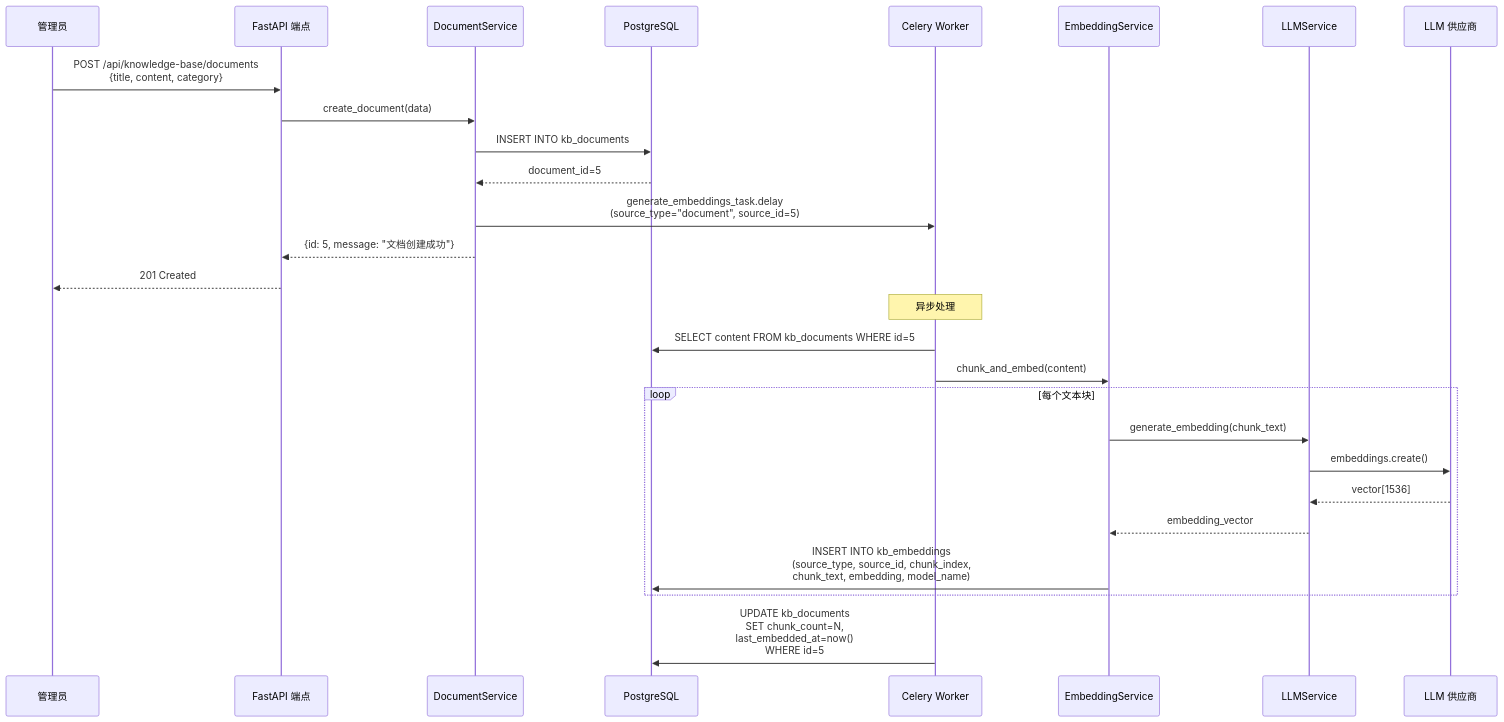
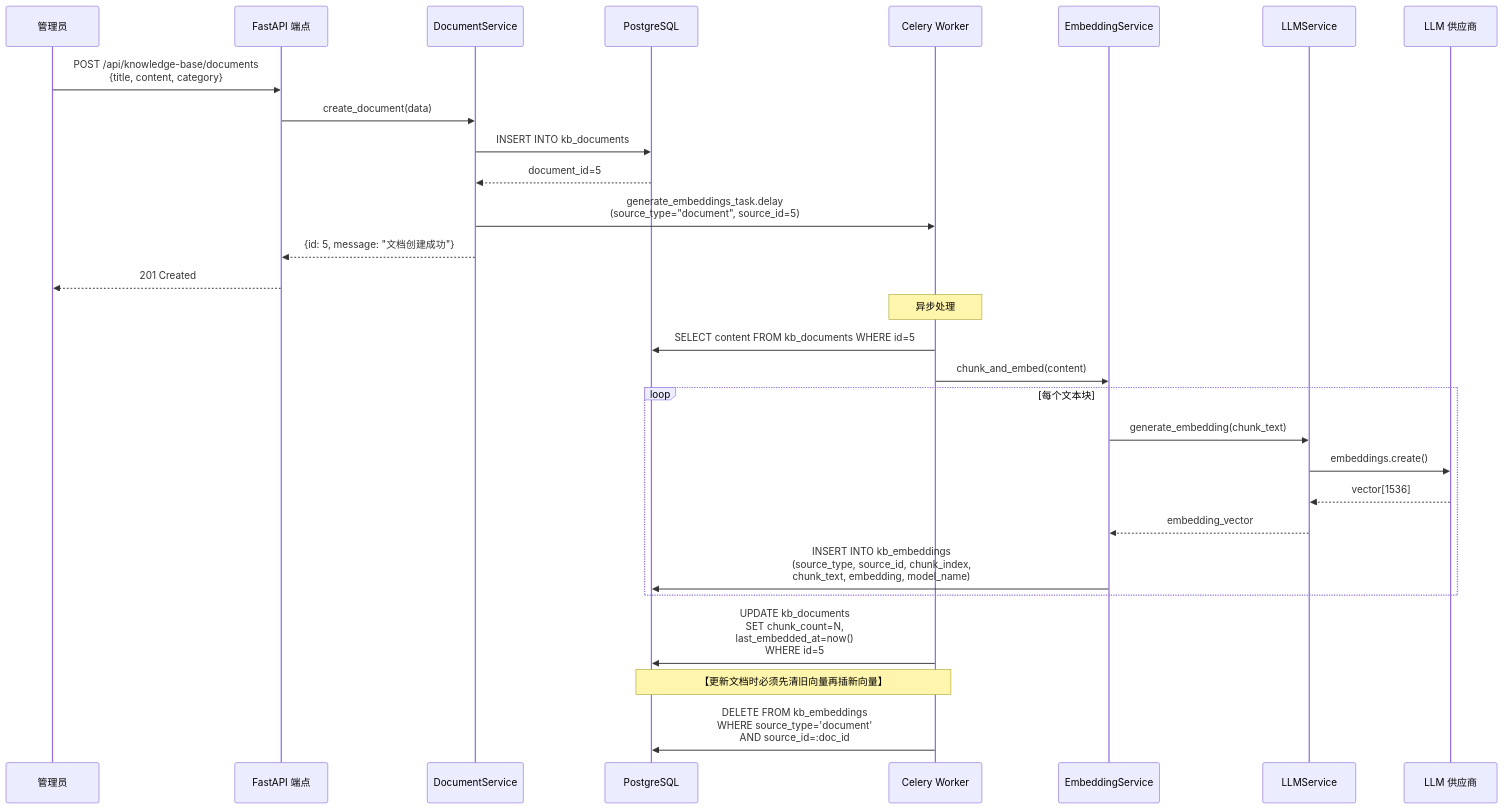
The third of 4 diagrams in docs/specs/17-knowledge-base-spec.md (Forrest219/mulan-bi-platform), drawn with Mermaid before and after one commit. The commit also changed other lines of this file and 5 other files, not shown here.

````diff
--- a/docs/specs/17-knowledge-base-spec.md
+++ b/docs/specs/17-knowledge-base-spec.md
@@ -765,33 +824,36 @@
 ```mermaid
 sequenceDiagram
     participant User as 管理员
     participant API as FastAPI 端点
     participant DocSvc as DocumentService
     participant DB as PostgreSQL
     participant Worker as Celery Worker
     participant EmbSvc as EmbeddingService
     participant LLM as LLMService
     participant Provider as LLM 供应商
 
     User->>API: POST /api/knowledge-base/documents<br/>{title, content, category}
     API->>DocSvc: create_document(data)
     DocSvc->>DB: INSERT INTO kb_documents
     DB-->>DocSvc: document_id=5
     DocSvc->>Worker: generate_embeddings_task.delay<br/>(source_type="document", source_id=5)
     DocSvc-->>API: {id: 5, message: "文档创建成功"}
     API-->>User: 201 Created
 
     Note over Worker: 异步处理
     Worker->>DB: SELECT content FROM kb_documents WHERE id=5
     Worker->>EmbSvc: chunk_and_embed(content)
 
     loop 每个文本块
         EmbSvc->>LLM: generate_embedding(chunk_text)
         LLM->>Provider: embeddings.create()
         Provider-->>LLM: vector[1536]
         LLM-->>EmbSvc: embedding_vector
         EmbSvc->>DB: INSERT INTO kb_embeddings<br/>(source_type, source_id, chunk_index,<br/>chunk_text, embedding, model_name)
     end
 
     Worker->>DB: UPDATE kb_documents<br/>SET chunk_count=N,<br/>last_embedded_at=now()<br/>WHERE id=5
+
+    Note over Worker,DB: 【更新文档时必须先清旧向量再插新向量】
+    Worker->>DB: DELETE FROM kb_embeddings<br/>WHERE source_type='document'<br/>AND source_id=:doc_id
 ```
````
